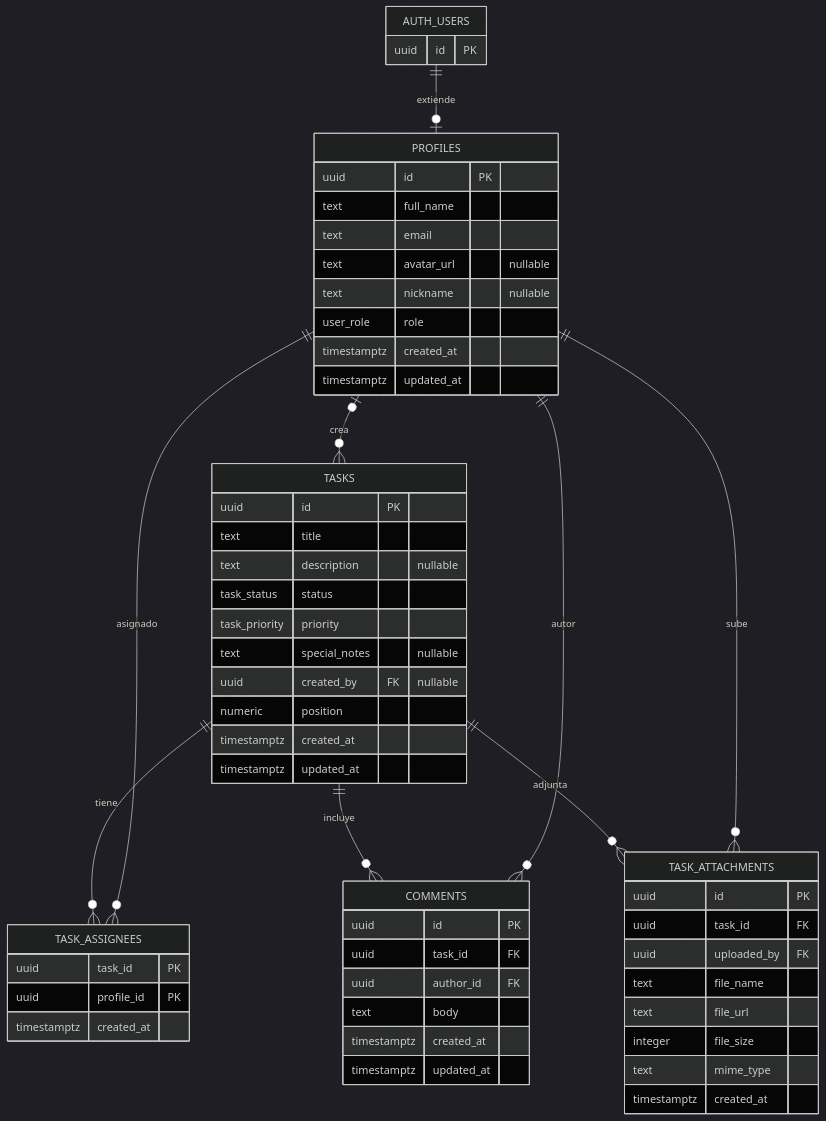
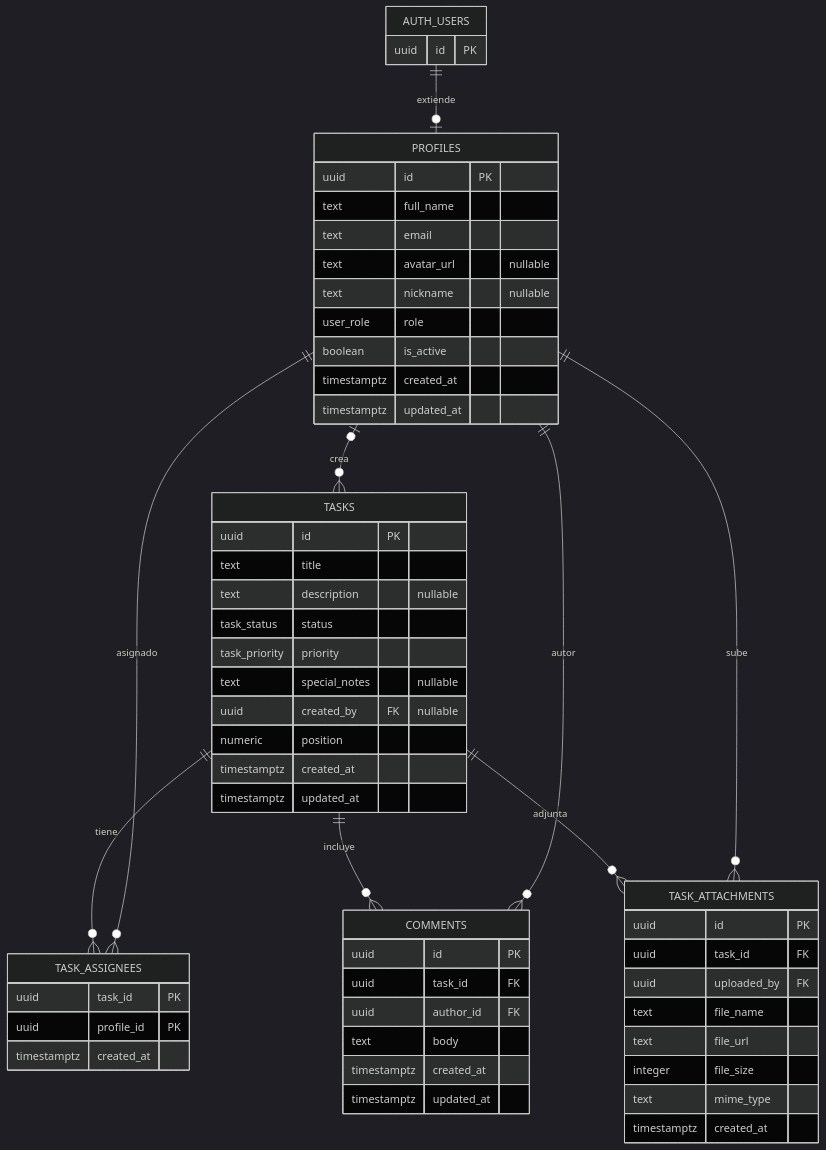
One commit to furthurr/dashboardFurthurr changed the diagram in .data/04-schema.md. Above: the diagram before and after it, drawn with Mermaid (dark theme). The commit also changed other lines of this file and 61 other files, not shown here.

````diff
--- a/.data/04-schema.md
+++ b/.data/04-schema.md
@@ -7,60 +7,61 @@
 ```mermaid
 erDiagram
   AUTH_USERS ||--o| PROFILES : "extiende"
   PROFILES o|--o{ TASKS : "crea"
   TASKS ||--o{ TASK_ASSIGNEES : "tiene"
   PROFILES ||--o{ TASK_ASSIGNEES : "asignado"
   TASKS ||--o{ COMMENTS : "incluye"
   PROFILES ||--o{ COMMENTS : "autor"
   TASKS ||--o{ TASK_ATTACHMENTS : "adjunta"
   PROFILES ||--o{ TASK_ATTACHMENTS : "sube"
 
   AUTH_USERS {
     uuid id PK
   }
   PROFILES {
     uuid id PK
     text full_name
     text email
     text avatar_url "nullable"
     text nickname "nullable"
     user_role role
+    boolean is_active
     timestamptz created_at
     timestamptz updated_at
   }
   TASKS {
     uuid id PK
     text title
     text description "nullable"
     task_status status
     task_priority priority
     text special_notes "nullable"
     uuid created_by FK "nullable"
     numeric position
     timestamptz created_at
     timestamptz updated_at
   }
   TASK_ASSIGNEES {
     uuid task_id PK
     uuid profile_id PK
     timestamptz created_at
   }
   COMMENTS {
     uuid id PK
     uuid task_id FK
     uuid author_id FK
     text body
     timestamptz created_at
     timestamptz updated_at
   }
   TASK_ATTACHMENTS {
     uuid id PK
     uuid task_id FK
     uuid uploaded_by FK
     text file_name
     text file_url
     integer file_size
     text mime_type
     timestamptz created_at
   }
 ```
````
